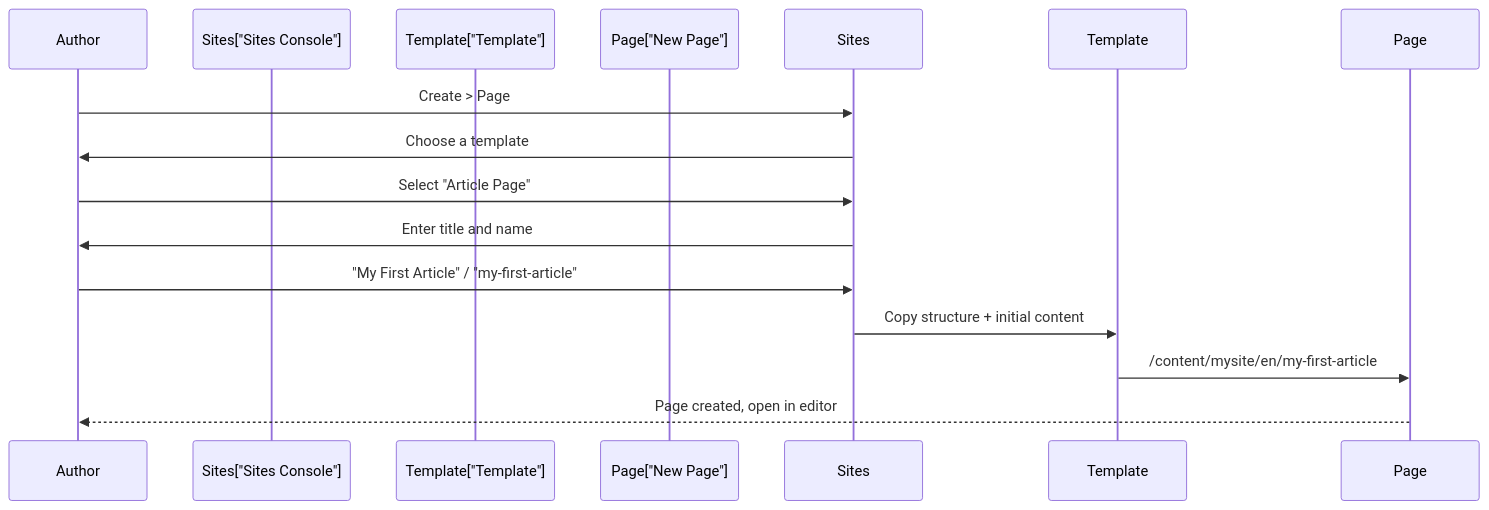
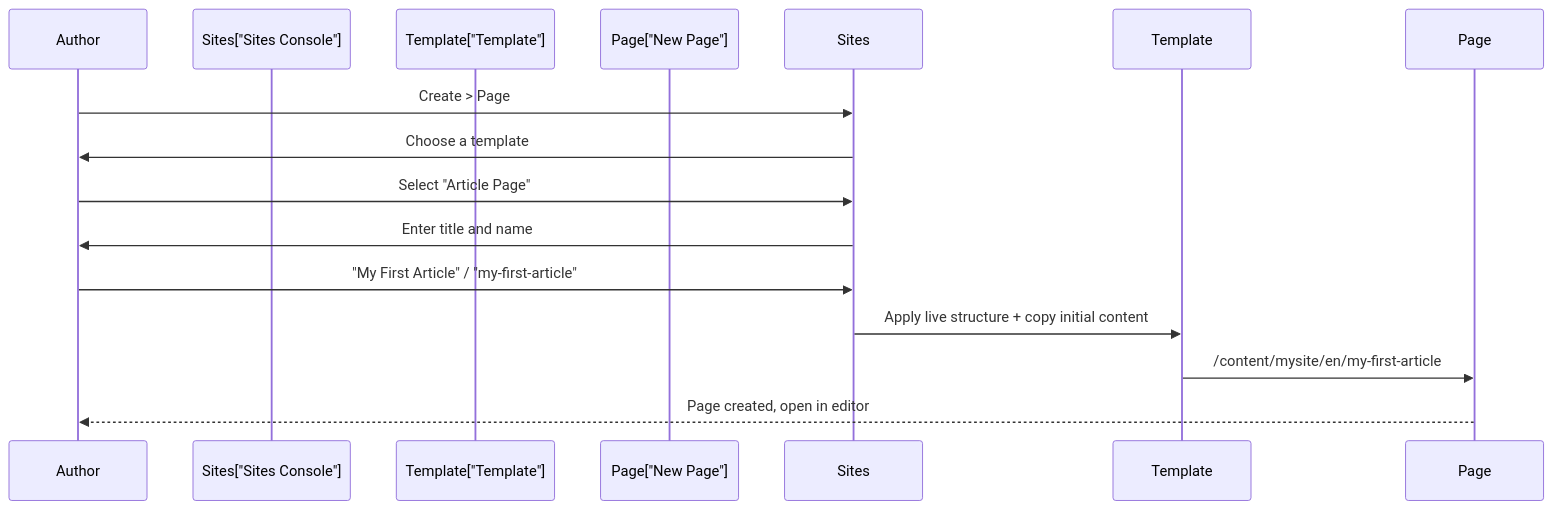
The second of 2 diagrams in docs/aem/beginners-guide/09-templates-and-policies.md (LucaNerlich/lucanerlich.com), drawn with Mermaid before and after one commit. The commit also changed other lines of this file and 95 other files, not shown here.

````diff
--- a/docs/aem/beginners-guide/09-templates-and-policies.md
+++ b/docs/aem/beginners-guide/09-templates-and-policies.md
@@ -365,16 +365,16 @@
 ```mermaid
 sequenceDiagram
     participant Author
     participant Sites["Sites Console"]
     participant Template["Template"]
     participant Page["New Page"]
 
     Author->>Sites: Create > Page
     Sites->>Author: Choose a template
     Author->>Sites: Select "Article Page"
     Sites->>Author: Enter title and name
     Author->>Sites: "My First Article" / "my-first-article"
-    Sites->>Template: Copy structure + initial content
+    Sites->>Template: Apply live structure + copy initial content
     Template->>Page: /content/mysite/en/my-first-article
     Page-->>Author: Page created, open in editor
 ```
````
